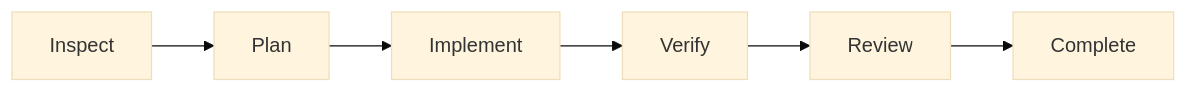
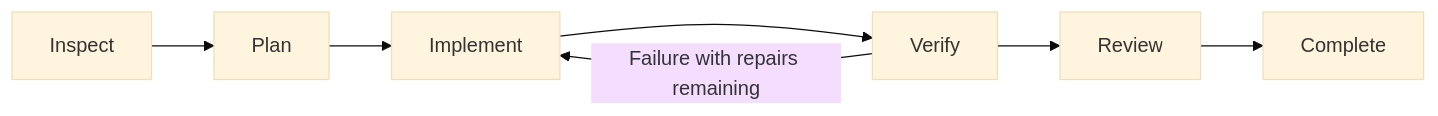
The diagram in README.en.md (sun-sh/forge-agent), drawn with Mermaid (base theme) before and after one commit. The commit also changed other lines of this file and 28 other files, not shown here.

````diff
--- a/README.en.md
+++ b/README.en.md
@@ -74,8 +65,9 @@
 ```mermaid
 flowchart LR
     Inspect --> Plan
     Plan --> Implement
     Implement --> Verify
     Verify --> Review
     Review --> Complete
+    Verify -->|Failure with repairs remaining| Implement
 ```
````
